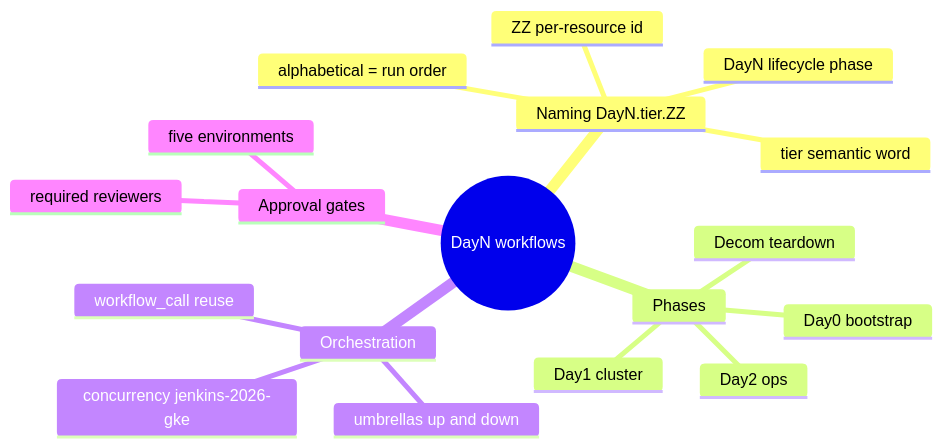
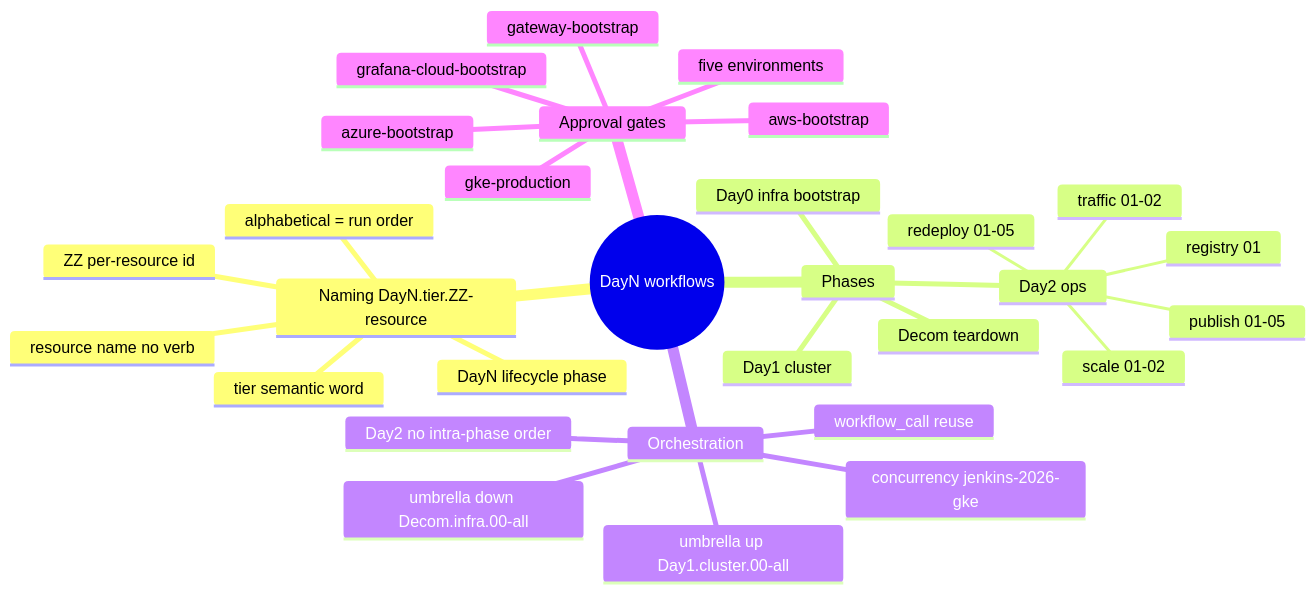
One commit to nubenetes/jenkins-2026 changed the first of 10 diagrams in docs/101-GITHUB_ACTIONS_WORKFLOWS.md. Above: the diagram before and after it, drawn with Mermaid. The commit also changed other lines of this file, not shown here.

First line of the commit message:
docs(101): audit + fix all 6 Mermaid diagrams and add 4 new collapsible ones

````diff
--- a/docs/101-GITHUB_ACTIONS_WORKFLOWS.md
+++ b/docs/101-GITHUB_ACTIONS_WORKFLOWS.md
@@ -14,21 +14,33 @@
 ```mermaid
 mindmap
   root((DayN workflows))
-    Naming DayN.tier.ZZ
+    Naming DayN.tier.ZZ-resource
       DayN lifecycle phase
       tier semantic word
       ZZ per-resource id
+      resource name no verb
       alphabetical = run order
     Phases
-      Day0 bootstrap
+      Day0 infra bootstrap
       Day1 cluster
       Day2 ops
+        publish 01-05
+        redeploy 01-05
+        registry 01
+        scale 01-02
+        traffic 01-02
       Decom teardown
     Orchestration
       concurrency jenkins-2026-gke
       workflow_call reuse
-      umbrellas up and down
+      umbrella up Day1.cluster.00-all
+      umbrella down Decom.infra.00-all
+      Day2 no intra-phase order
     Approval gates
       five environments
-      required reviewers
+      gke-production
+      gateway-bootstrap
+      grafana-cloud-bootstrap
+      azure-bootstrap
+      aws-bootstrap
 ```
````
